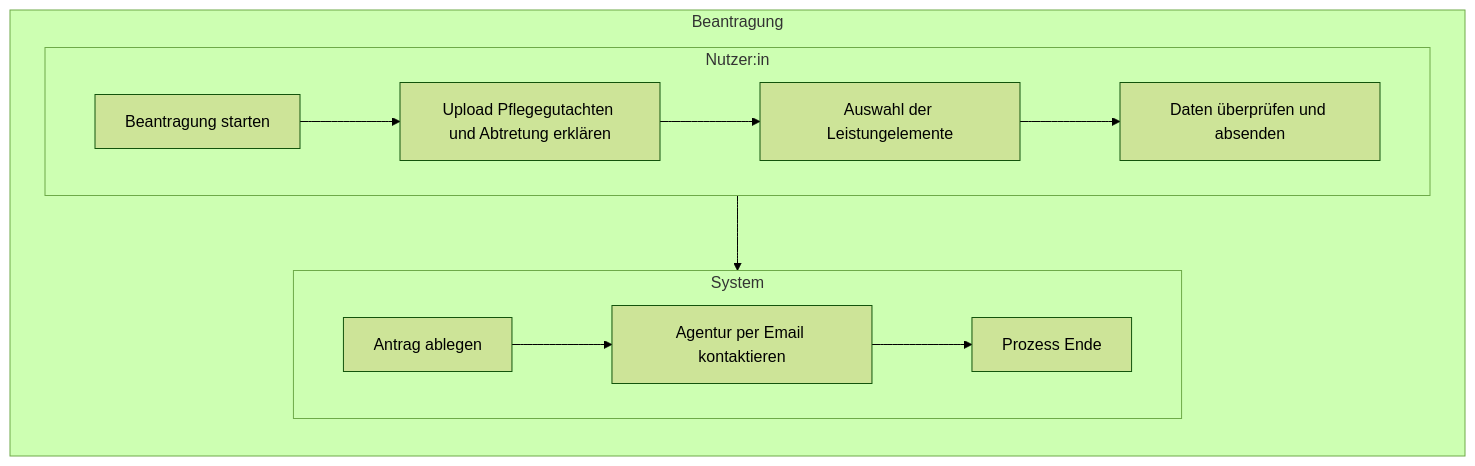
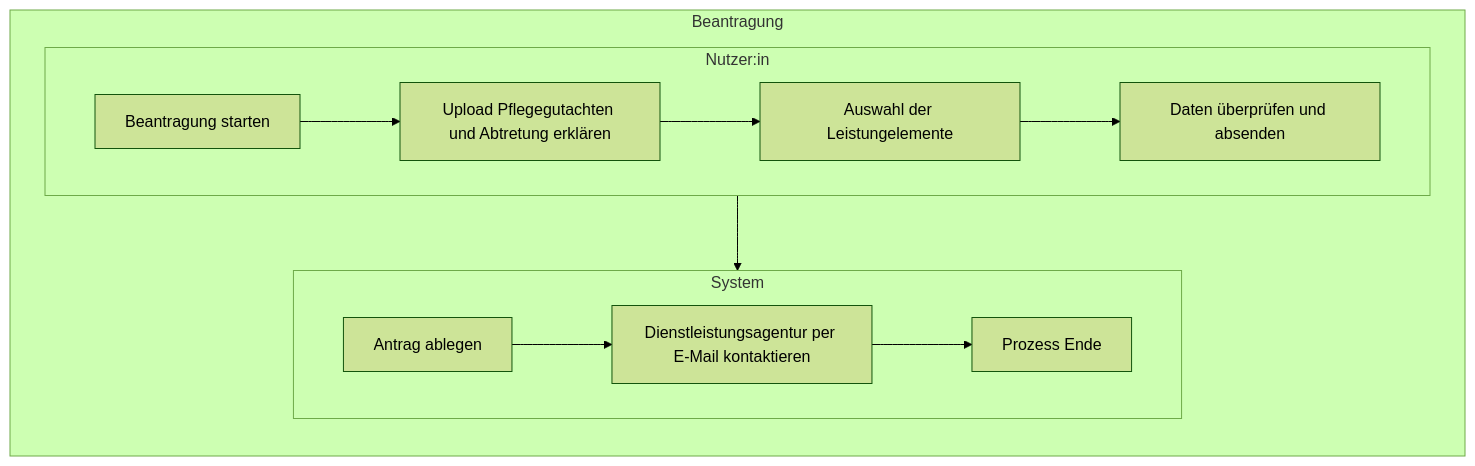
Before and after one commit to jomatotu/pflegeleicht: the diagram in documentation/architecture/laufzeitsicht.md, drawn with Mermaid (forest theme). The commit also changed 6 other files, not shown here.

````diff
--- a/documentation/architecture/laufzeitsicht.md
+++ b/documentation/architecture/laufzeitsicht.md
@@ -8,23 +8,23 @@
 ```mermaid
 flowchart TB
 
     subgraph lane["Beantragung"]
         direction TB
         subgraph sublane_one["Nutzer:in"]
             direction LR
             step_u0[Beantragung starten]
             step_u2[Upload Pflegegutachten und Abtretung erklären]
             step_u3[Auswahl der Leistungelemente]
             step_u4[Daten überprüfen und absenden]
             step_u0 --> step_u2 --> step_u3 --> step_u4
         end
         subgraph sublane_two["System"]
             direction LR
             step_s1[Antrag ablegen]
-            step_s2[Agentur per Email kontaktieren]
+            step_s2[Dienstleistungsagentur per E-Mail kontaktieren]
             step_s4[Prozess Ende]
             step_s1 --> step_s2 --> step_s4
         end
         step_u4 --> step_s1
     end
 ```
````
